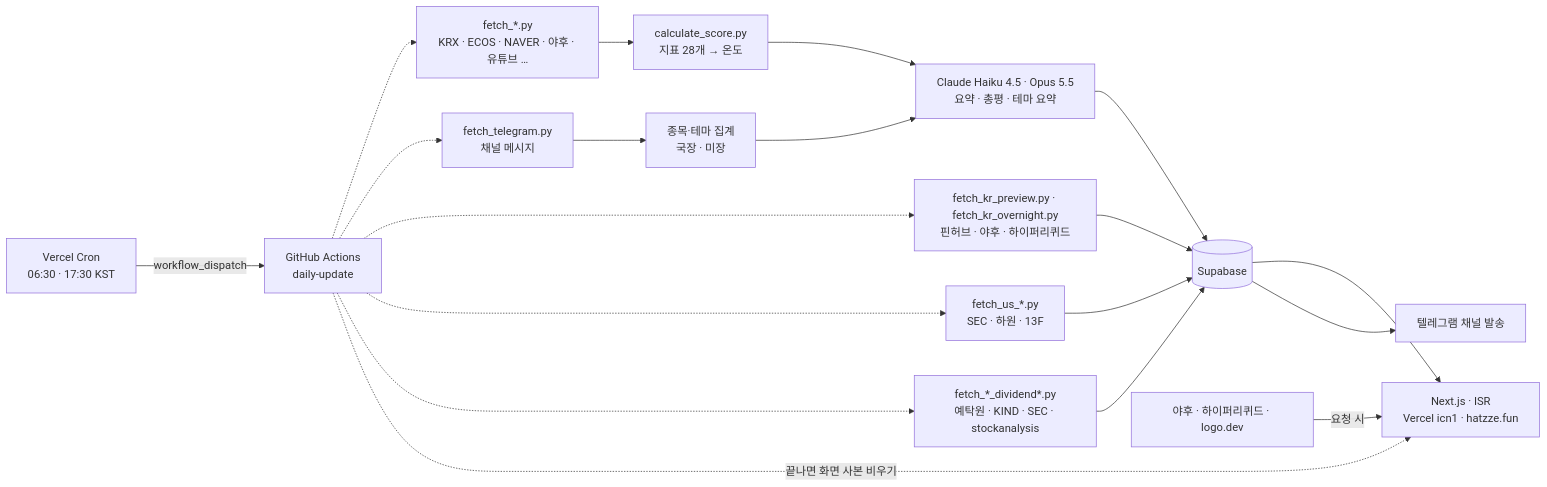
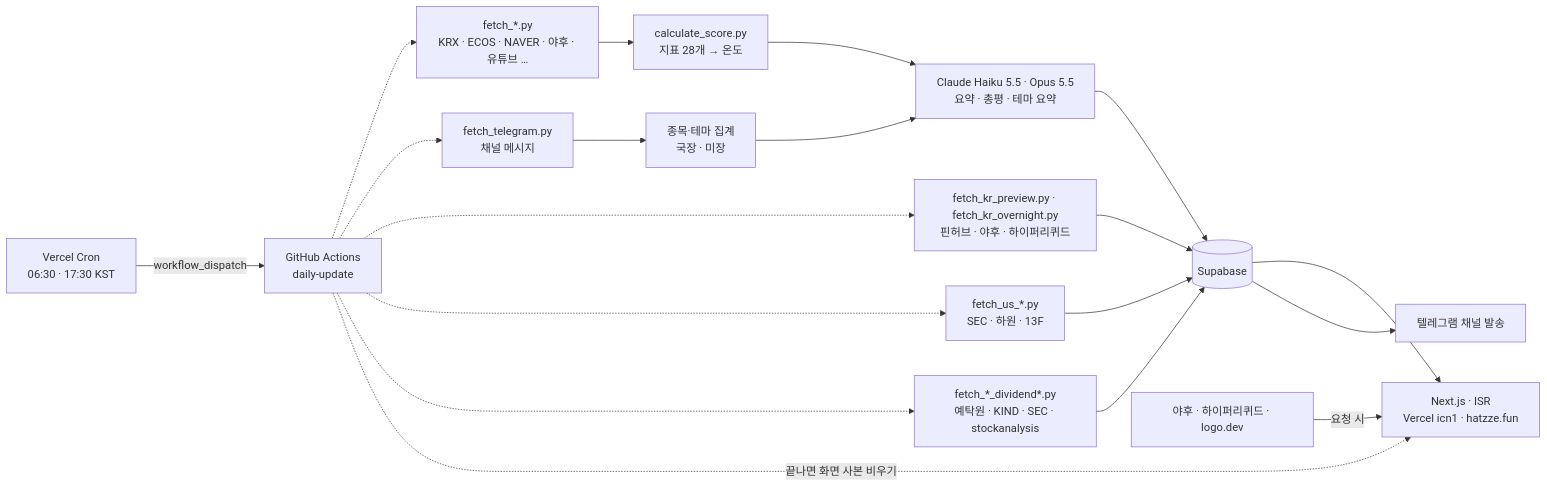
The diagram in README.md (drakedog-kr/hatzze), drawn with Mermaid before and after one commit. The commit also changed other lines of this file and 6 other files, not shown here.

````diff
--- a/README.md
+++ b/README.md
@@ -33,21 +33,21 @@
 ```mermaid
 flowchart LR
     CR["Vercel Cron<br/>06:30 · 17:30 KST"] -->|workflow_dispatch| G["GitHub Actions<br/>daily-update"]
     G -.-> A["fetch_*.py<br/>KRX · ECOS · NAVER · 야후 · 유튜브 …"]
     G -.-> T1["fetch_telegram.py<br/>채널 메시지"]
     G -.-> P1["fetch_kr_preview.py · fetch_kr_overnight.py<br/>핀허브 · 야후 · 하이퍼리퀴드"]
     G -.-> U1["fetch_us_*.py<br/>SEC · 하원 · 13F"]
     G -.-> V1["fetch_*_dividend*.py<br/>예탁원 · KIND · SEC · stockanalysis"]
     A --> B["calculate_score.py<br/>지표 28개 → 온도"]
     T1 --> T2["종목·테마 집계<br/>국장 · 미장"]
-    B --> L["Claude Haiku 4.5 · Opus 5.5<br/>요약 · 총평 · 테마 요약"]
+    B --> L["Claude Haiku 5.5 · Opus 5.5<br/>요약 · 총평 · 테마 요약"]
     T2 --> L
     L --> D[("Supabase")]
     P1 --> D
     U1 --> D
     V1 --> D
     D --> E["Next.js · ISR<br/>Vercel icn1 · hatzze.fun"]
     D --> BC["텔레그램 채널 발송"]
     G -.->|끝나면 화면 사본 비우기| E
     Y["야후 · 하이퍼리퀴드 · logo.dev"] -->|요청 시| E
 ```
````
